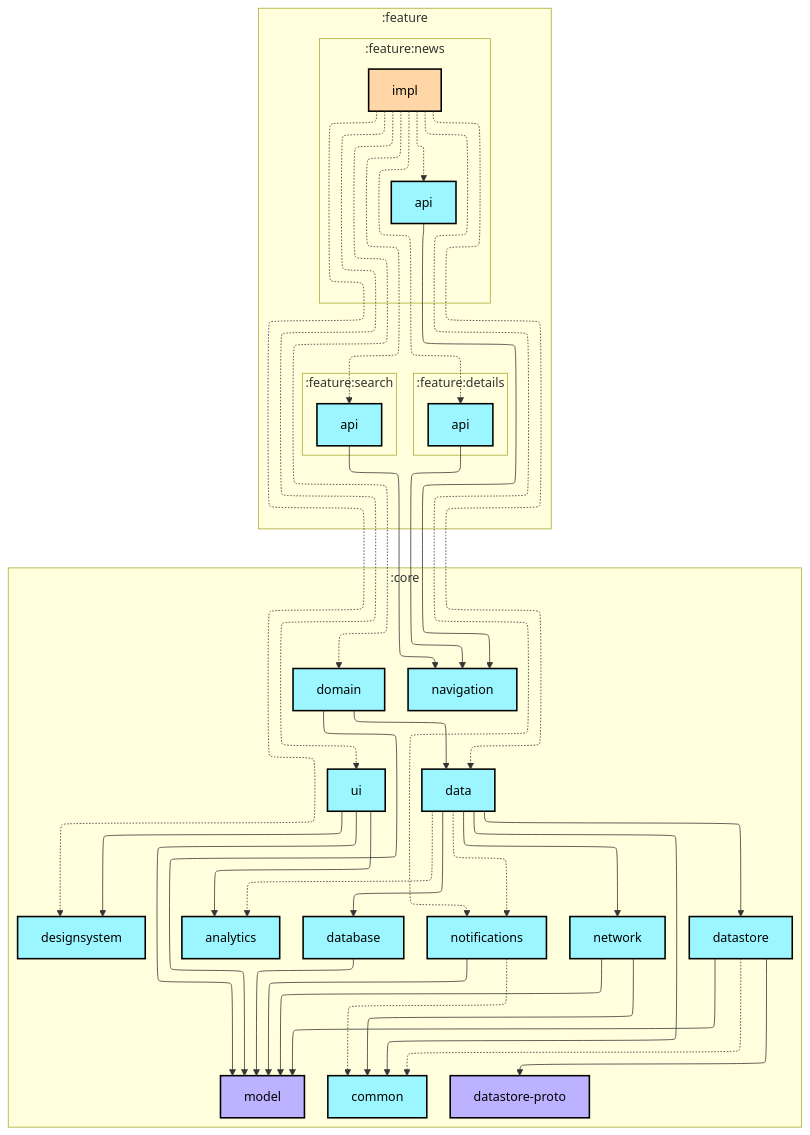
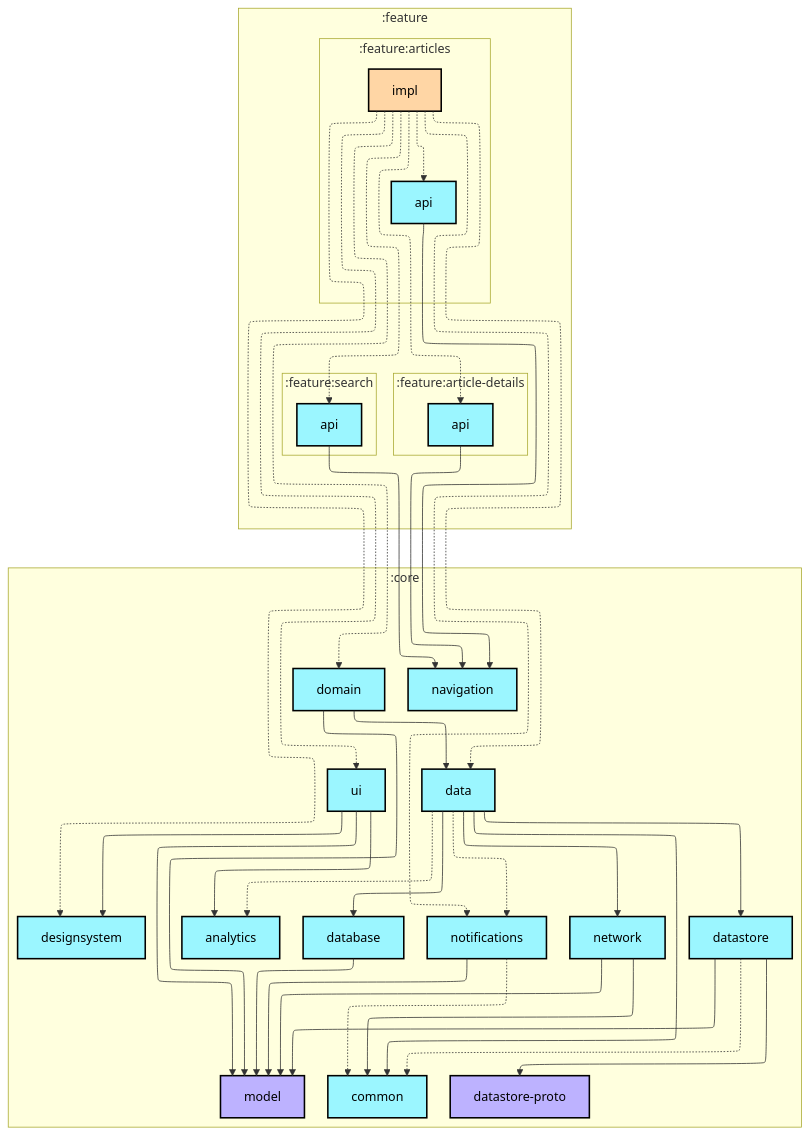
One commit to krystianchalimoniuk/nowinkitransferowe changed the first of 2 diagrams in feature/articles/impl/README.md. Above: the diagram before and after it, drawn with Mermaid. The commit also changed 10 other files, not shown here.

Commit message:
🤖 Updates graphs

````diff
--- a/feature/articles/impl/README.md
+++ b/feature/articles/impl/README.md
@@ -6,79 +6,79 @@
 ```mermaid
 ---
 config:
   layout: elk
   elk:
     nodePlacementStrategy: SIMPLE
 ---
 graph TB
   subgraph :feature
     direction TB
-    subgraph :feature:news
+    subgraph :feature:articles
       direction TB
       :feature:articles:api[api]:::android-library
       :feature:articles:impl[impl]:::android-feature
     end
-    subgraph :feature:details
+    subgraph :feature:article-details
       direction TB
       :feature:article-details:api[api]:::android-library
     end
     subgraph :feature:search
       direction TB
       :feature:search:api[api]:::android-library
     end
   end
   subgraph :core
     direction TB
     :core:analytics[analytics]:::android-library
     :core:common[common]:::android-library
     :core:data[data]:::android-library
     :core:database[database]:::android-library
     :core:datastore[datastore]:::android-library
     :core:datastore-proto[datastore-proto]:::jvm-library
     :core:designsystem[designsystem]:::android-library
     :core:domain[domain]:::android-library
     :core:model[model]:::jvm-library
     :core:navigation[navigation]:::android-library
     :core:network[network]:::android-library
     :core:notifications[notifications]:::android-library
     :core:ui[ui]:::android-library
   end
 
   :core:data -.-> :core:analytics
   :core:data --> :core:common
   :core:data --> :core:database
   :core:data --> :core:datastore
   :core:data --> :core:network
   :core:data -.-> :core:notifications
   :core:database --> :core:model
   :core:datastore -.-> :core:common
   :core:datastore --> :core:datastore-proto
   :core:datastore --> :core:model
   :core:domain --> :core:data
   :core:domain --> :core:model
   :core:network --> :core:common
   :core:network --> :core:model
   :core:notifications -.-> :core:common
   :core:notifications --> :core:model
   :core:ui --> :core:analytics
   :core:ui --> :core:designsystem
   :core:ui --> :core:model
   :feature:article-details:api --> :core:navigation
   :feature:articles:api --> :core:navigation
   :feature:articles:impl -.-> :core:data
   :feature:articles:impl -.-> :core:designsystem
   :feature:articles:impl -.-> :core:domain
   :feature:articles:impl -.-> :core:notifications
   :feature:articles:impl -.-> :core:ui
   :feature:articles:impl -.-> :feature:article-details:api
   :feature:articles:impl -.-> :feature:articles:api
   :feature:articles:impl -.-> :feature:search:api
   :feature:search:api --> :core:navigation
 
 classDef android-application fill:#CAFFBF,stroke:#000,stroke-width:2px,color:#000;
 classDef android-feature fill:#FFD6A5,stroke:#000,stroke-width:2px,color:#000;
 classDef android-library fill:#9BF6FF,stroke:#000,stroke-width:2px,color:#000;
 classDef android-test fill:#A0C4FF,stroke:#000,stroke-width:2px,color:#000;
 classDef jvm-library fill:#BDB2FF,stroke:#000,stroke-width:2px,color:#000;
 classDef unknown fill:#FFADAD,stroke:#000,stroke-width:2px,color:#000;
 ```
````
